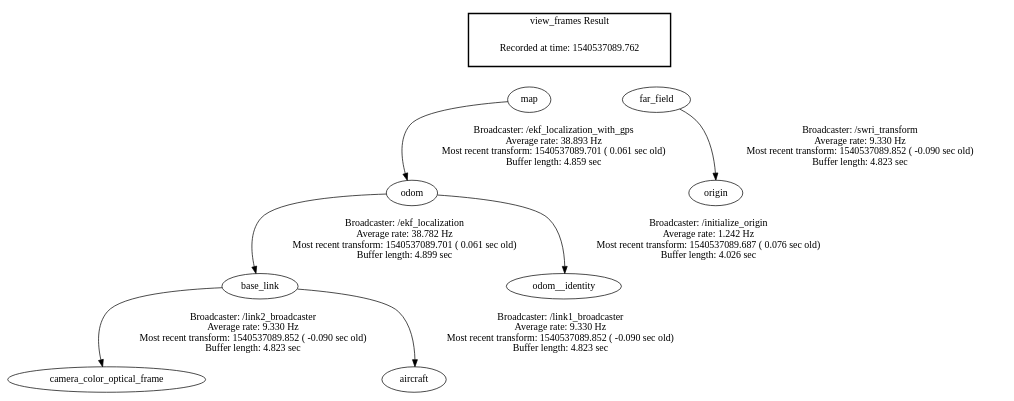
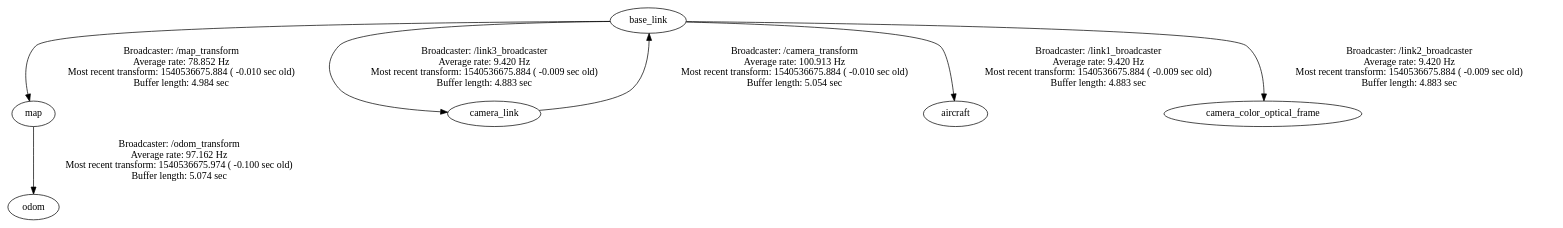
One commit to inuex3/launch changed the diagram in frames.gv. Above: the diagram before and after it, drawn with Graphviz. The commit also changed 8 other files, not shown here.

```diff
--- a/frames.gv
+++ b/frames.gv
@@ -1,16 +1,8 @@
 digraph G {
-"odom" -> "base_link"[label="Broadcaster: /ekf_localization\nAverage rate: 38.782 Hz\nMost recent transform: 1540537089.701 ( 0.061 sec old)\nBuffer length: 4.899 sec\n"];
-"map" -> "odom"[label="Broadcaster: /ekf_localization_with_gps\nAverage rate: 38.893 Hz\nMost recent transform: 1540537089.701 ( 0.061 sec old)\nBuffer length: 4.859 sec\n"];
-"base_link" -> "camera_color_optical_frame"[label="Broadcaster: /link2_broadcaster\nAverage rate: 9.330 Hz\nMost recent transform: 1540537089.852 ( -0.090 sec old)\nBuffer length: 4.823 sec\n"];
-"base_link" -> "aircraft"[label="Broadcaster: /link1_broadcaster\nAverage rate: 9.330 Hz\nMost recent transform: 1540537089.852 ( -0.090 sec old)\nBuffer length: 4.823 sec\n"];
-"far_field" -> "origin"[label="Broadcaster: /swri_transform\nAverage rate: 9.330 Hz\nMost recent transform: 1540537089.852 ( -0.090 sec old)\nBuffer length: 4.823 sec\n"];
-"odom" -> "odom__identity"[label="Broadcaster: /initialize_origin\nAverage rate: 1.242 Hz\nMost recent transform: 1540537089.687 ( 0.076 sec old)\nBuffer length: 4.026 sec\n"];
-edge [style=invis];
- subgraph cluster_legend { style=bold; color=black; label ="view_frames Result";
-"Recorded at time: 1540537089.762"[ shape=plaintext ] ;
- }->"map";
-edge [style=invis];
- subgraph cluster_legend { style=bold; color=black; label ="view_frames Result";
-"Recorded at time: 1540537089.762"[ shape=plaintext ] ;
- }->"far_field";
+"base_link" -> "map"[label="Broadcaster: /map_transform\nAverage rate: 78.852 Hz\nMost recent transform: 1540536675.884 ( -0.010 sec old)\nBuffer length: 4.984 sec\n"];
+"camera_link" -> "base_link"[label="Broadcaster: /camera_transform\nAverage rate: 100.913 Hz\nMost recent transform: 1540536675.884 ( -0.010 sec old)\nBuffer length: 5.054 sec\n"];
+"map" -> "odom"[label="Broadcaster: /odom_transform\nAverage rate: 97.162 Hz\nMost recent transform: 1540536675.974 ( -0.100 sec old)\nBuffer length: 5.074 sec\n"];
+"base_link" -> "camera_link"[label="Broadcaster: /link3_broadcaster\nAverage rate: 9.420 Hz\nMost recent transform: 1540536675.884 ( -0.009 sec old)\nBuffer length: 4.883 sec\n"];
+"base_link" -> "aircraft"[label="Broadcaster: /link1_broadcaster\nAverage rate: 9.420 Hz\nMost recent transform: 1540536675.884 ( -0.009 sec old)\nBuffer length: 4.883 sec\n"];
+"base_link" -> "camera_color_optical_frame"[label="Broadcaster: /link2_broadcaster\nAverage rate: 9.420 Hz\nMost recent transform: 1540536675.884 ( -0.009 sec old)\nBuffer length: 4.883 sec\n"];
 }
```
